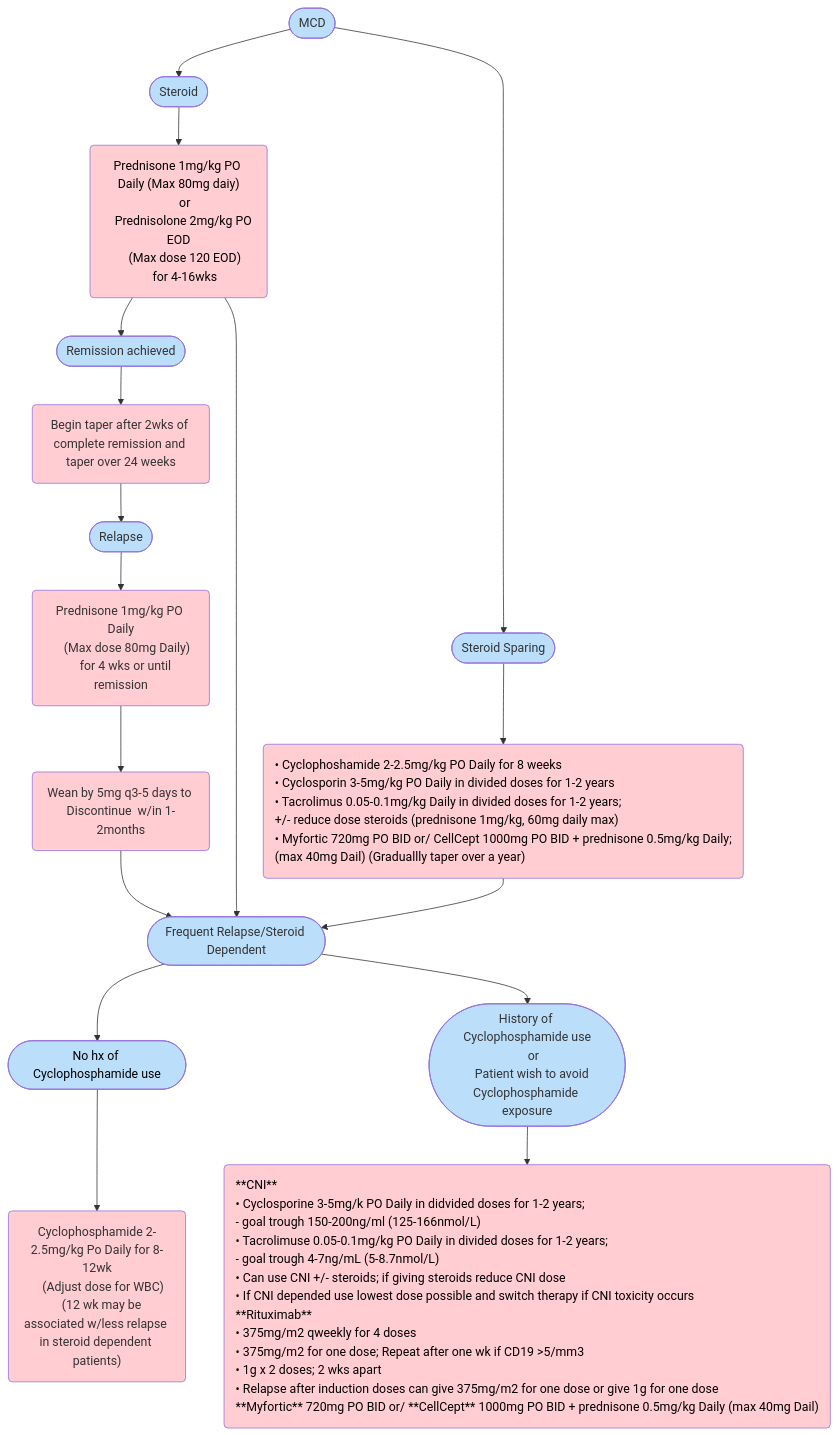
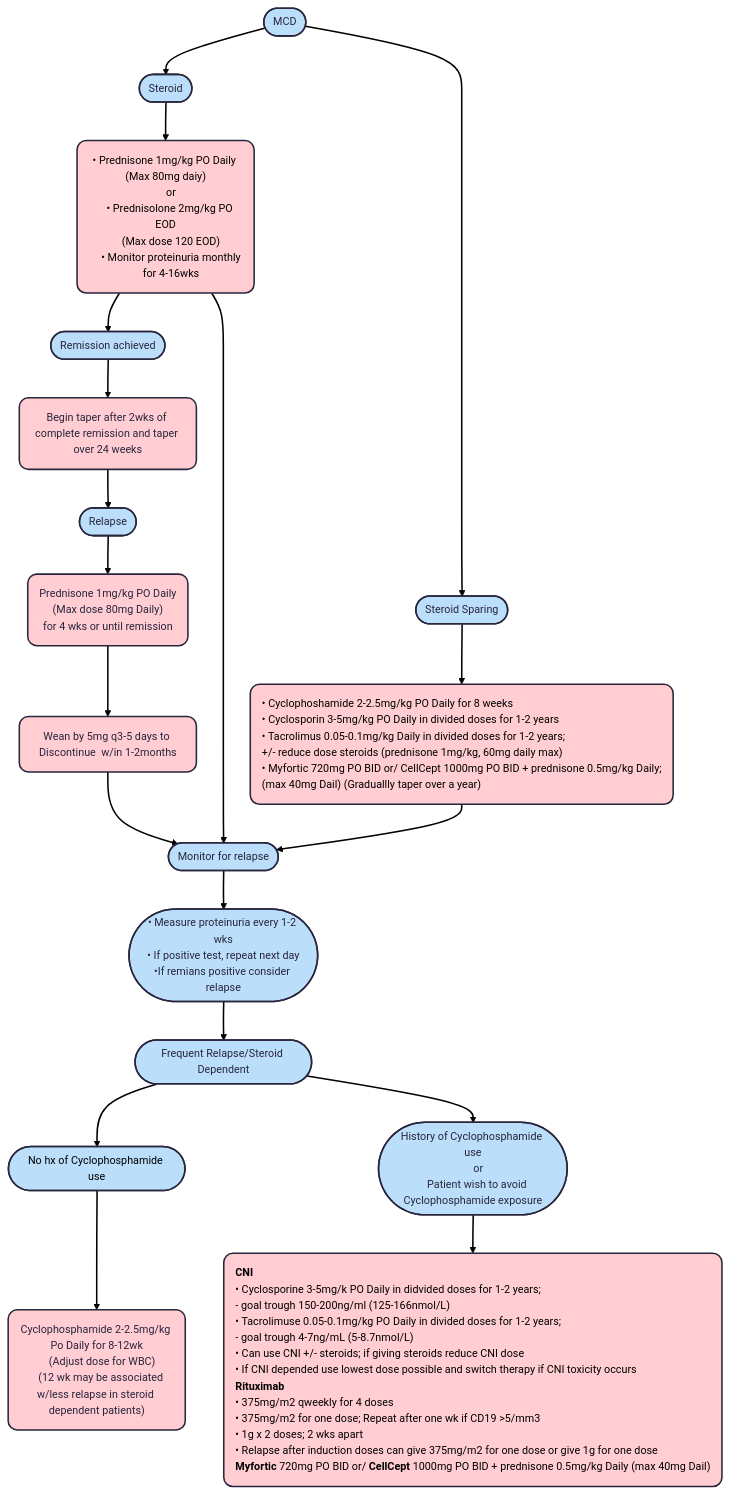
Before and after one commit to TTUNEPH2025/GN: the diagram in docs/MCD.md, drawn with Mermaid.

````diff
--- a/docs/MCD.md
+++ b/docs/MCD.md
@@ -58,66 +58,76 @@
 ```mermaid
+---
+config:
+  theme: redux
+---
 flowchart TB
     A(["MCD"]) --> B(["Steroid"]) & n1(["Steroid Sparing"])
-    B --> C["Prednisone 1mg/kg PO Daily (Max 80mg daiy)
+    B --> C["• Prednisone 1mg/kg PO Daily (Max 80mg daiy)
     or
-    Prednisolone 2mg/kg PO EOD
+    • Prednisolone 2mg/kg PO EOD
     (Max dose 120 EOD)
+    • Monitor proteinuria monthly
     for 4-16wks"]
-    C --> n2(["Remission achieved"]) & n8(["Frequent Relapse/Steroid Dependent"])
+    C --> n2(["Remission achieved"]) & n13(["Monitor for relapse"])
     n2 --> n3["Begin taper after 2wks of complete remission and taper over 24 weeks"]
     n3 --> n4(["Relapse"])
     n4 --> n5["Prednisone 1mg/kg PO Daily
     (Max dose 80mg Daily)
     for 4 wks or until remission"]
     n5 --> n6["Wean by 5mg q3-5 days to Discontinue  w/in 1-2months"]
     n1 --> n7["• Cyclophoshamide 2-2.5mg/kg PO Daily for 8 weeks
     • Cyclosporin 3-5mg/kg PO Daily in divided doses for 1-2 years
     • Tacrolimus 0.05-0.1mg/kg Daily in divided doses for 1-2 years;
       +/- reduce dose steroids (prednisone 1mg/kg, 60mg daily max)
     • Myfortic 720mg PO BID or/ CellCept 1000mg PO BID + prednisone 0.5mg/kg Daily;
       (max 40mg Dail) (Graduallly taper over a year)"]
-    n7 --> n8
-    n6 --> n8
-    n8 --> n9(["No hx of Cyclophosphamide use"]) & n10(["History of Cyclophosphamide use
+    n7 --> n13
+    n8(["Frequent Relapse/Steroid Dependent"]) --> n9(["No hx of Cyclophosphamide use"]) & n10(["History of Cyclophosphamide use
     or
     Patient wish to avoid Cyclophosphamide exposure"])
     n9 --> n11["Cyclophosphamide 2-2.5mg/kg Po Daily for 8-12wk
     (Adjust dose for WBC)
     (12 wk may be associated w/less relapse in steroid dependent patients)"]
-    n10 --> n12["**CNI**
+    n10 --> n12["`**CNI**
     • Cyclosporine 3-5mg/k PO Daily in didvided doses for 1-2 years;
      - goal trough 150-200ng/ml (125-166nmol/L)
     • Tacrolimuse 0.05-0.1mg/kg PO Daily in divided doses for 1-2 years;
      - goal trough 4-7ng/mL (5-8.7nmol/L)
     • Can use CNI +/- steroids; if giving steroids reduce CNI dose
     • If CNI depended use lowest dose possible and switch therapy if CNI toxicity occurs
     **Rituximab**
     • 375mg/m2 qweekly for 4 doses
     • 375mg/m2 for one dose; Repeat after one wk if CD19 >5/mm3
     • 1g x 2 doses; 2 wks apart
     • Relapse after induction doses can give 375mg/m2 for one dose or give 1g for one dose
-    **Myfortic** 720mg PO BID or/ **CellCept** 1000mg PO BID + prednisone 0.5mg/kg Daily (max 40mg Dail)"]
+    **Myfortic** 720mg PO BID or/ **CellCept** 1000mg PO BID + prednisone 0.5mg/kg Daily (max 40mg Dail)`"]
+    n13 --> n14@{ label: "<span style=\"color:\">• Measure proteinuria every 1-2 wks<br/>• If positive test, repeat next day<br/>•If remians positive consider relapse</span>" }
+    n6 --> n13
+    n14 --> n8
+
     C@{ shape: rounded}
     n3@{ shape: rounded}
     n5@{ shape: rounded}
     n6@{ shape: rounded}
     n7@{ shape: rounded}
     n11@{ shape: rounded}
     n12@{ shape: rounded}
+    n14@{ shape: stadium}
     style A fill:#BBDEFB
     style B fill:#BBDEFB
     style n1 fill:#BBDEFB
     style C fill:#FFCDD2,color:#000000
     style n2 fill:#BBDEFB
-    style n8 fill:#BBDEFB
+    style n13 fill:#BBDEFB
     style n3 fill:#FFCDD2
     style n4 fill:#BBDEFB
     style n5 fill:#FFCDD2
     style n6 fill:#FFCDD2
-    style n7 color:#000000,fill:#FFCDD2
+    style n7 color:#000000,fill:#FFCDD2,text-align:left,white-space:nowrap
+    style n8 fill:#BBDEFB
     style n9 fill:#BBDEFB,color:#000000
     style n10 fill:#BBDEFB
     style n11 fill:#FFCDD2
     style n12 fill:#FFCDD2,color:#000000,text-align:left,white-space:nowrap
-    style n7 fill:#FFCDD2,color:#000000,text-align:left,white-space:nowrap
+    style n14 fill:#BBDEFB
 ```
````
